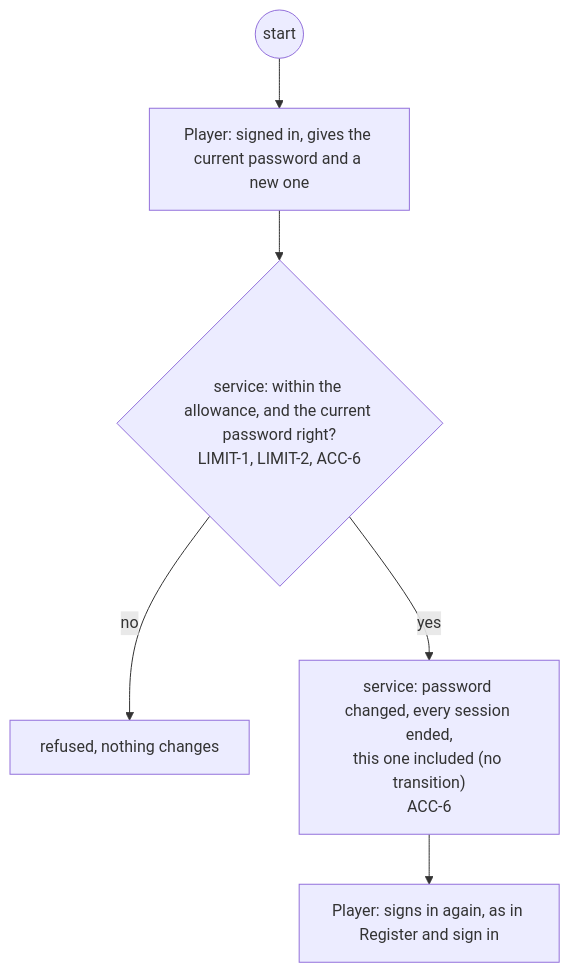
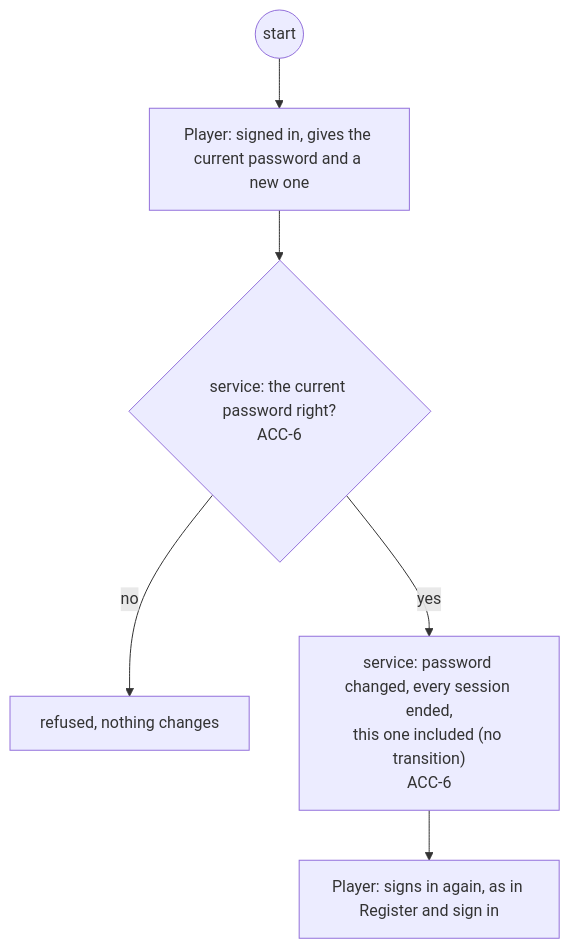
One commit to delphside/programme changed the fifth of 29 diagrams in docs/changes/workstreams/application-game-architecture/71-one-game-model/71-functional.md. Above: the diagram before and after it, drawn with Mermaid. The commit also changed other lines of this file, not shown here.

````diff
--- a/docs/changes/workstreams/application-game-architecture/71-one-game-model/71-functional.md
+++ b/docs/changes/workstreams/application-game-architecture/71-one-game-model/71-functional.md
@@ -137,8 +135,8 @@
 ```mermaid
 flowchart TD
   s0((start)) --> p1["Player: signed in, gives the current password and a new one"]
-  p1 --> v1{"service: within the allowance, and the current password right?<br/>LIMIT-1, LIMIT-2, ACC-6"}
+  p1 --> v1{"service: the current password right?<br/>ACC-6"}
   v1 -- no --> r1["refused, nothing changes"]
   v1 -- yes --> t1["service: password changed, every session ended,<br/>this one included (no transition)<br/>ACC-6"]
   t1 --> p2["Player: signs in again, as in Register and sign in"]
 ```
````
